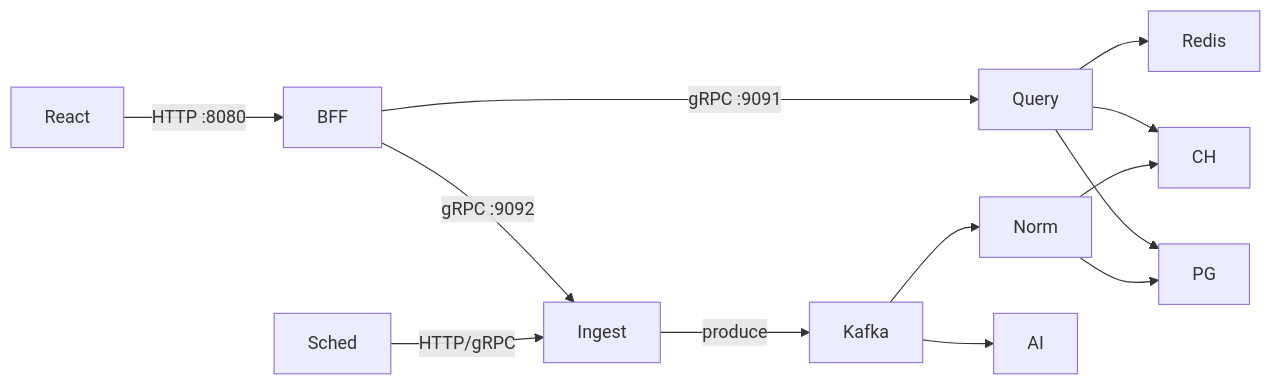
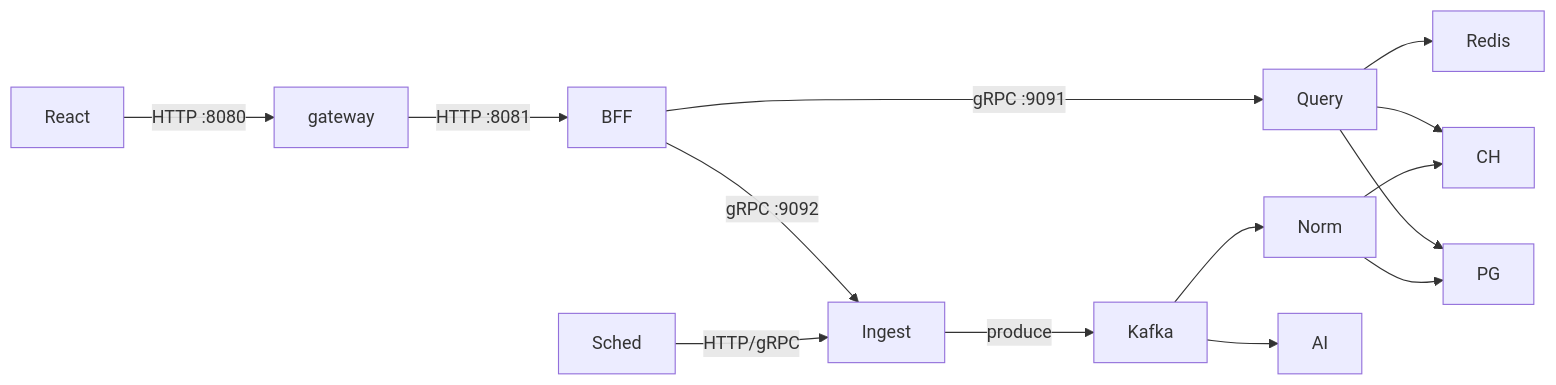
The diagram in docs/architecture/02-services.md (Chuchoss/it-labor-pulse), drawn with Mermaid before and after one commit. The commit also changed other lines of this file and 38 other files, not shown here.

First line of the commit message:
feat(gateway): add edge API gateway in front of BFF

````diff
--- a/docs/architecture/02-services.md
+++ b/docs/architecture/02-services.md
@@ -104,15 +115,16 @@
 ```mermaid
 flowchart LR
-  React -->|HTTP :8080| BFF
+  React -->|HTTP :8080| GW[gateway]
+  GW -->|HTTP :8081| BFF
   BFF -->|gRPC :9091| Query
   BFF -->|gRPC :9092| Ingest
   Sched -->|HTTP/gRPC| Ingest
   Ingest -->|produce| Kafka
   Kafka --> Norm
   Kafka --> AI
   Query --> PG
   Query --> CH
   Query --> Redis
   Norm --> PG
   Norm --> CH
 ```
````
